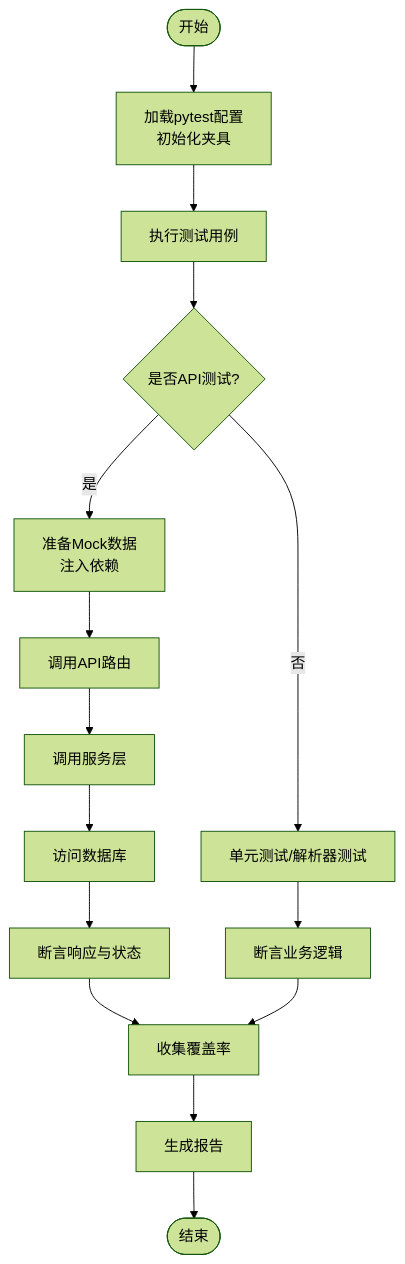
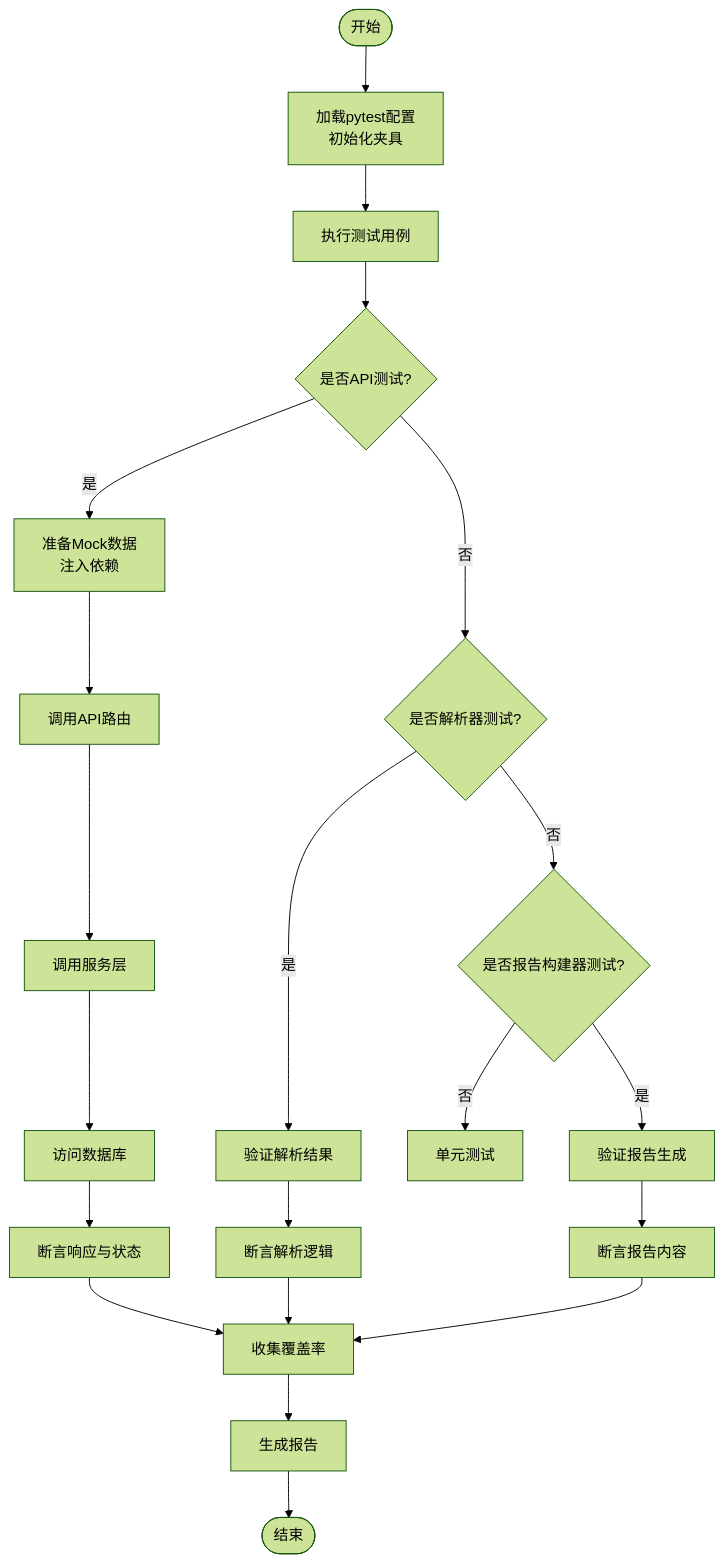
Before and after one commit to vu1Art1st/talos: the third of 6 diagrams in .qoder/repowiki/zh/content/开发指南/测试指南.md, drawn with Mermaid (forest theme). The commit also changed other lines of this file and 132 other files, not shown here.

````diff
--- a/.qoder/repowiki/zh/content/开发指南/测试指南.md
+++ b/.qoder/repowiki/zh/content/开发指南/测试指南.md
@@ -146,17 +179,23 @@
 ```mermaid
 flowchart TD
 Start(["开始"]) --> Setup["加载pytest配置<br/>初始化夹具"]
 Setup --> RunTests["执行测试用例"]
 RunTests --> APITests{"是否API测试?"}
 APITests --> |是| MockData["准备Mock数据<br/>注入依赖"]
-APITests --> |否| UnitTests["单元测试/解析器测试"]
+APITests --> |否| ParserTests{"是否解析器测试?"}
+ParserTests --> |是| ParseValidation["验证解析结果"]
+ParserTests --> |否| ReportTests{"是否报告构建器测试?"}
+ReportTests --> |是| ReportValidation["验证报告生成"]
+ReportTests --> |否| UnitTests["单元测试"]
 MockData --> CallAPI["调用API路由"]
 CallAPI --> ServiceCall["调用服务层"]
 ServiceCall --> DBAccess["访问数据库"]
 DBAccess --> AssertResp["断言响应与状态"]
-UnitTests --> AssertLogic["断言业务逻辑"]
+ParseValidation --> AssertLogic["断言解析逻辑"]
+ReportValidation --> AssertReport["断言报告内容"]
 AssertResp --> Coverage["收集覆盖率"]
 AssertLogic --> Coverage
+AssertReport --> Coverage
 Coverage --> Report["生成报告"]
 Report --> End(["结束"])
 ```
````
